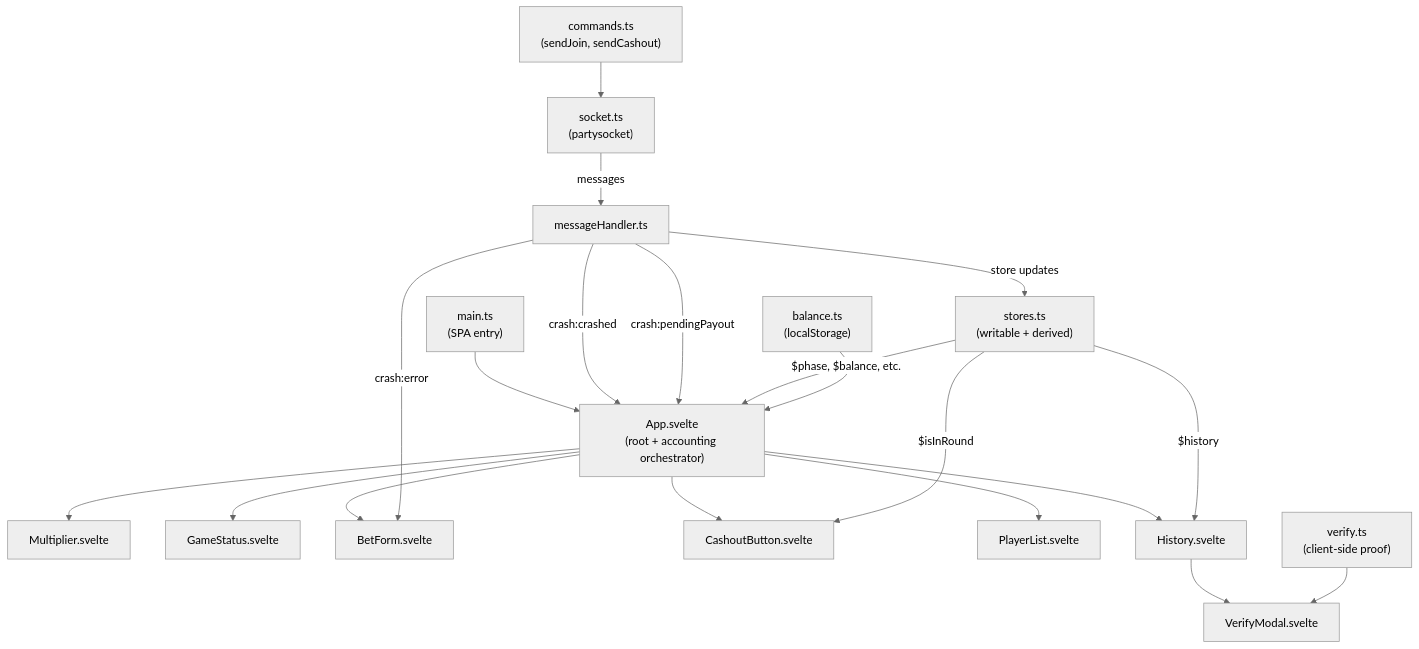
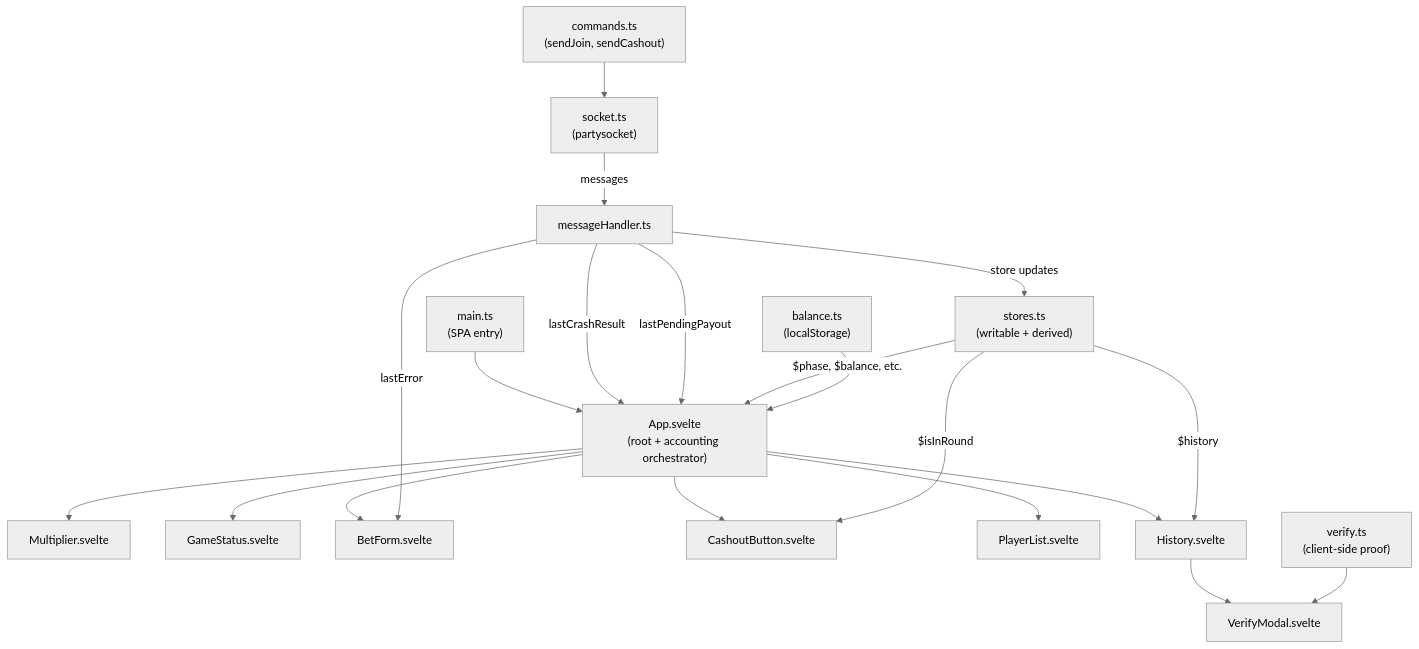
Before and after one commit to DigitalMachinist/crash-game: the second of 3 diagrams in docs/project-architecture.md, drawn with Mermaid (neutral theme). The commit also changed other lines of this file and 19 other files, not shown here.

````diff
--- a/docs/project-architecture.md
+++ b/docs/project-architecture.md
@@ -41,26 +41,26 @@
 ```mermaid
 flowchart TD
     main["main.ts<br/>(SPA entry)"] --> App["App.svelte<br/>(root + accounting orchestrator)"]
 
     App --> Multiplier["Multiplier.svelte"]
     App --> GameStatus["GameStatus.svelte"]
     App --> BetForm["BetForm.svelte"]
     App --> CashoutButton["CashoutButton.svelte"]
     App --> PlayerList["PlayerList.svelte"]
     App --> History["History.svelte"]
     History --> VerifyModal["VerifyModal.svelte"]
 
     socket["socket.ts<br/>(partysocket)"] -->|"messages"| msgHandler["messageHandler.ts"]
     msgHandler -->|"store updates"| stores["stores.ts<br/>(writable + derived)"]
-    msgHandler -->|"crash:crashed"| App
-    msgHandler -->|"crash:pendingPayout"| App
-    msgHandler -->|"crash:error"| BetForm
+    msgHandler -->|"lastCrashResult"| App
+    msgHandler -->|"lastPendingPayout"| App
+    msgHandler -->|"lastError"| BetForm
 
     stores -->|"$phase, $balance, etc."| App
     stores -->|"$isInRound"| CashoutButton
     stores -->|"$history"| History
 
     balance["balance.ts<br/>(localStorage)"] --> App
     verify["verify.ts<br/>(client-side proof)"] --> VerifyModal
     commands["commands.ts<br/>(sendJoin, sendCashout)"] --> socket
 ```
````
